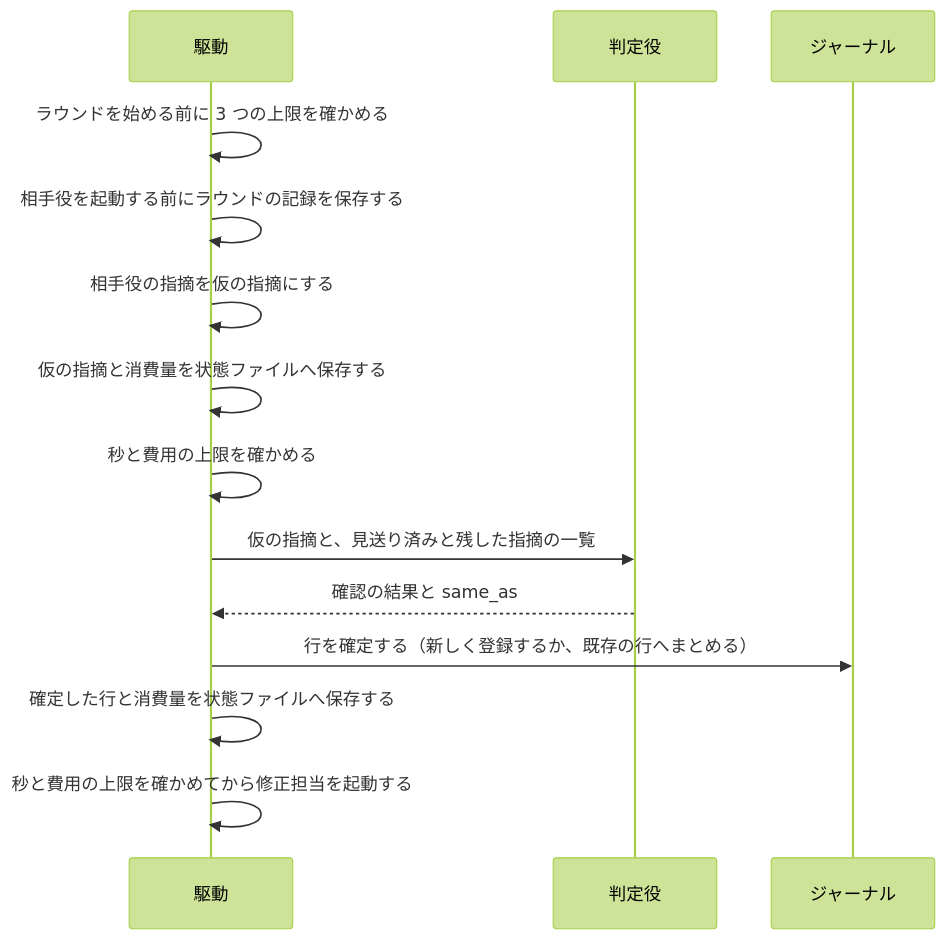
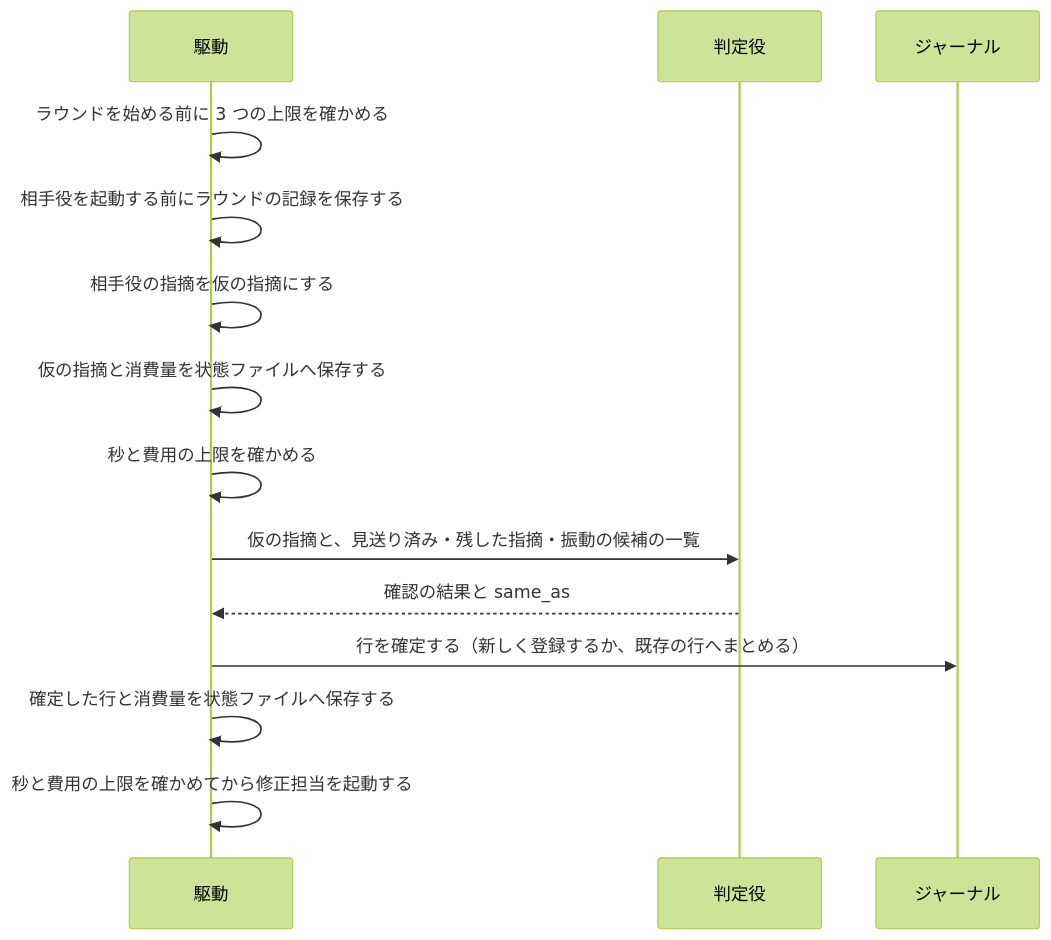
The third of 3 diagrams in issues/issue-2468-design.md (devbasex/ai-plugins), drawn with Mermaid (forest theme) before and after one commit. The commit also changed other lines of this file and 2 other files, not shown here.

````diff
--- a/issues/issue-2468-design.md
+++ b/issues/issue-2468-design.md
@@ -231,16 +231,16 @@
 ```mermaid
 sequenceDiagram
     participant D as 駆動
     participant V as 判定役
     participant J as ジャーナル
     D->>D: ラウンドを始める前に 3 つの上限を確かめる
     D->>D: 相手役を起動する前にラウンドの記録を保存する
     D->>D: 相手役の指摘を仮の指摘にする
     D->>D: 仮の指摘と消費量を状態ファイルへ保存する
     D->>D: 秒と費用の上限を確かめる
-    D->>V: 仮の指摘と、見送り済みと残した指摘の一覧
+    D->>V: 仮の指摘と、見送り済み・残した指摘・振動の候補の一覧
     V-->>D: 確認の結果と same_as
     D->>J: 行を確定する（新しく登録するか、既存の行へまとめる）
     D->>D: 確定した行と消費量を状態ファイルへ保存する
     D->>D: 秒と費用の上限を確かめてから修正担当を起動する
 ```
````
